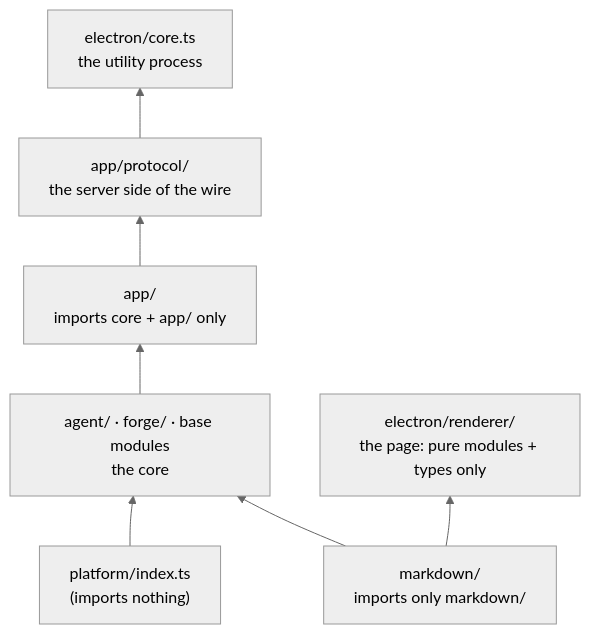
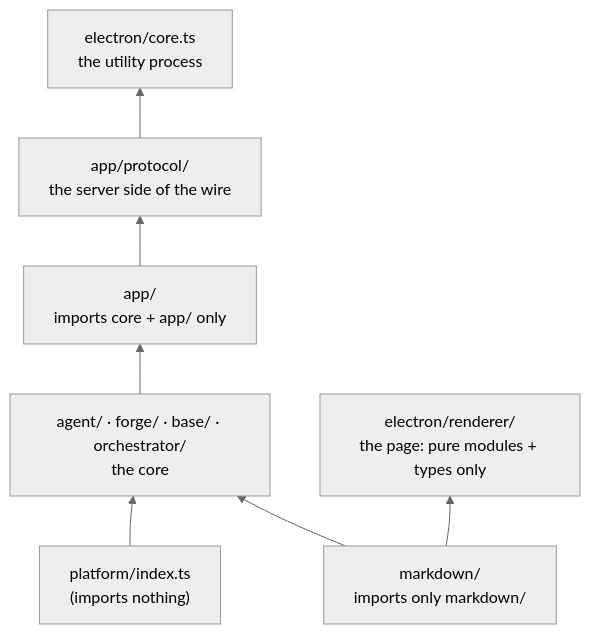
Before and after one commit to EkaPutCom/markwork: the second of 16 diagrams in docs/ONBOARDING.md, drawn with Mermaid (neutral theme). The commit also changed other lines of this file and 102 other files, not shown here.

First line of the commit message:
refactor: base/ and orchestrator/ folders in src/

````diff
--- a/docs/ONBOARDING.md
+++ b/docs/ONBOARDING.md
@@ -117,17 +118,17 @@
 ```mermaid
 flowchart BT
     P["platform/index.ts<br/>(imports nothing)"]
     M["markdown/<br/>imports only markdown/"]
-    A["agent/ · forge/ · base modules<br/>the core"]
+    A["agent/ · forge/ · base/ · orchestrator/<br/>the core"]
     APP["app/<br/>imports core + app/ only"]
     PROTO["app/protocol/<br/>the server side of the wire"]
     CORE["electron/core.ts<br/>the utility process"]
     R["electron/renderer/<br/>the page: pure modules + types only"]
 
     M --> A
     P --> A
     A --> APP
     APP --> PROTO
     PROTO --> CORE
     M --> R
 ```
````
